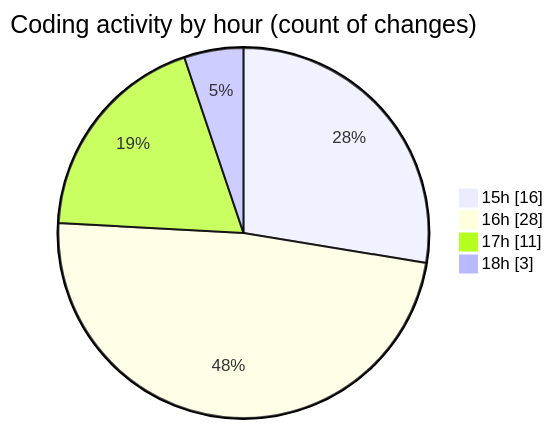
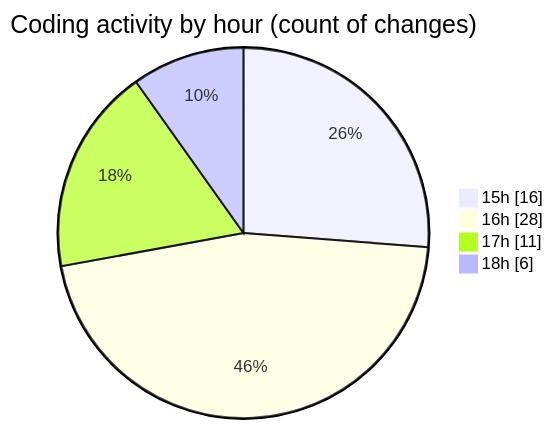
Before and after one commit to mevix1/code-tracking: the second of 2 diagrams in 2025-10-01/oura-api/README.md, drawn with Mermaid. The commit also changed other lines of this file and 1 other file, not shown here.

````diff
--- a/2025-10-01/oura-api/README.md
+++ b/2025-10-01/oura-api/README.md
@@ -64,8 +67,8 @@
 ```mermaid
 pie showData
 title Coding activity by hour (count of changes)
 "15h" : 16
 "16h" : 28
 "17h" : 11
-"18h" : 3
+"18h" : 6
 ```
````
